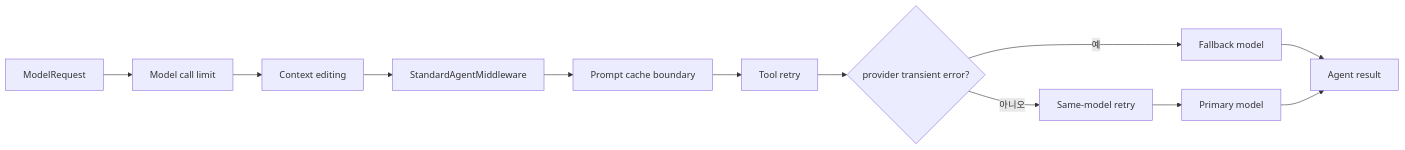
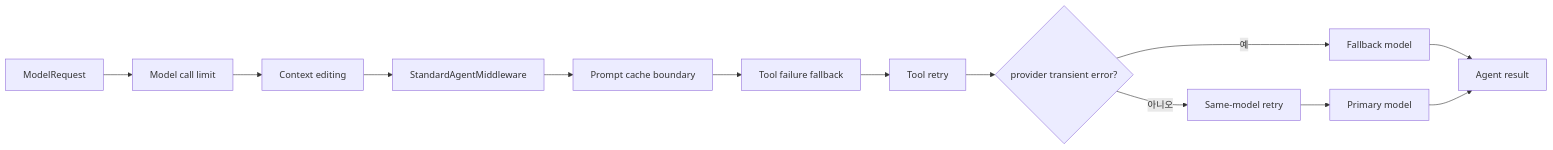
Before and after one commit to agent-tracer/tracer-agent-python: the fourth of 7 diagrams in src/tracer_agent/worker/agents/README.md, drawn with Mermaid. The commit also changed other lines of this file and 3 other files, not shown here.

````diff
--- a/src/tracer_agent/worker/agents/README.md
+++ b/src/tracer_agent/worker/agents/README.md
@@ -118,14 +120,15 @@
 ```mermaid
 flowchart LR
     REQ[ModelRequest] --> LIMIT[Model call limit]
     LIMIT --> EDIT[Context editing]
     EDIT --> STANDARD[StandardAgentMiddleware]
     STANDARD --> CACHE[Prompt cache boundary]
-    CACHE --> TOOL_RETRY[Tool retry]
+    CACHE --> TOOL_FAILURE[Tool failure fallback]
+    TOOL_FAILURE --> TOOL_RETRY[Tool retry]
     TOOL_RETRY --> FALLBACK{provider transient error?}
     FALLBACK -- 아니오 --> MODEL_RETRY[Same-model retry]
     FALLBACK -- 예 --> ALT[Fallback model]
     MODEL_RETRY --> PRIMARY[Primary model]
     ALT --> RESULT[Agent result]
     PRIMARY --> RESULT
 ```
````
